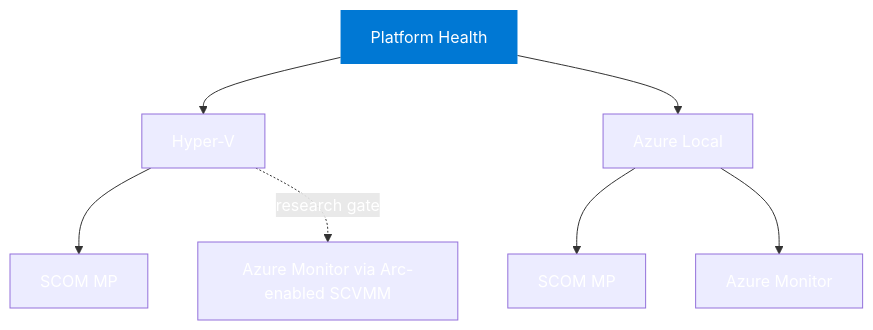
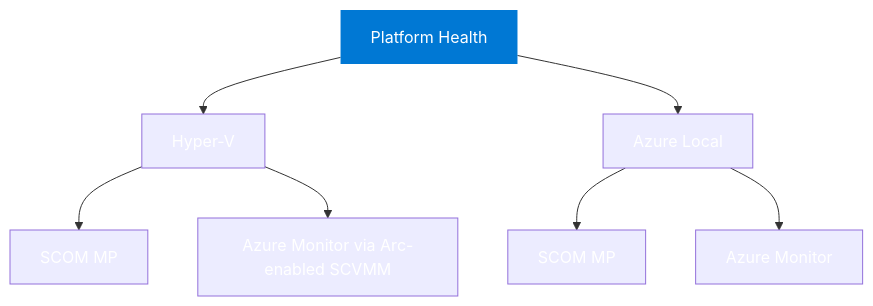
One commit to AzureLocal/azurelocal-scom-mp changed the diagram in docs/index.md. Above: the diagram before and after it, drawn with Mermaid. The commit also changed other lines of this file and 104 other files, not shown here.

````diff
--- a/docs/index.md
+++ b/docs/index.md
@@ -45,12 +45,12 @@
 ```mermaid
 graph TD
     Root["Platform Health"]:::root
     Root --> HV["Hyper-V"]
     Root --> AzL["Azure Local"]
     HV --> HVS["SCOM MP"]
-    HV -. research gate .-> HVA["Azure Monitor via Arc-enabled SCVMM"]
+    HV --> HVA["Azure Monitor via Arc-enabled SCVMM"]
     AzL --> AzLS["SCOM MP"]
     AzL --> AzLA["Azure Monitor"]
 
     classDef root fill:#0078D4,color:#fff,stroke:none
 ```
````
